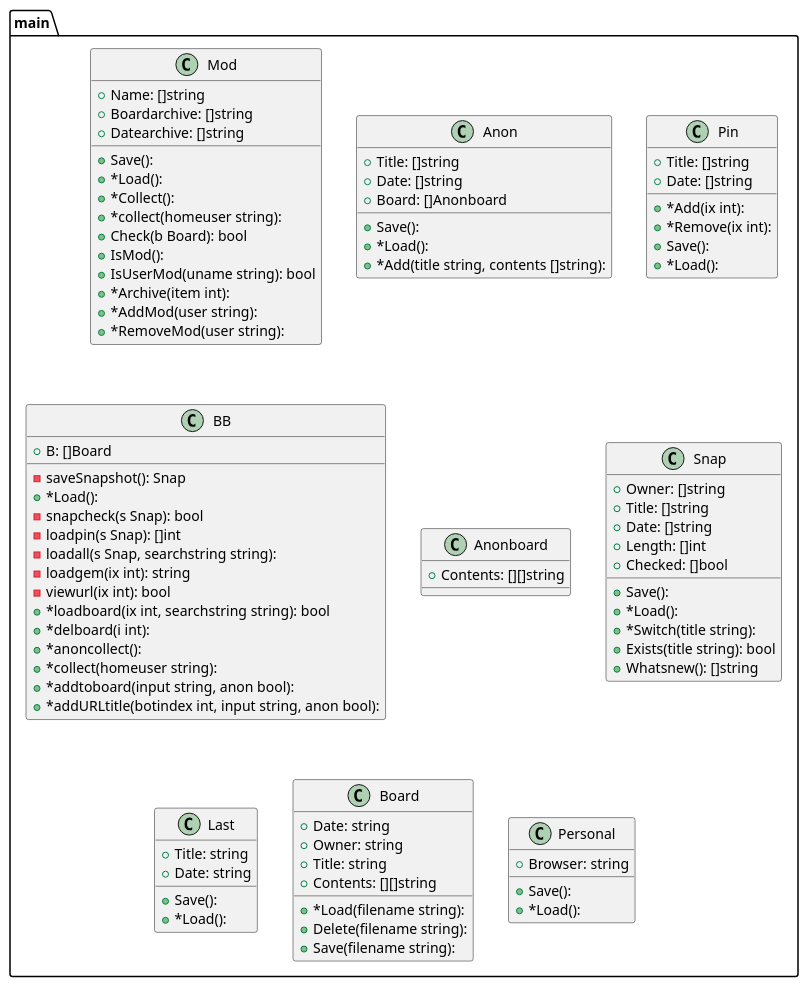
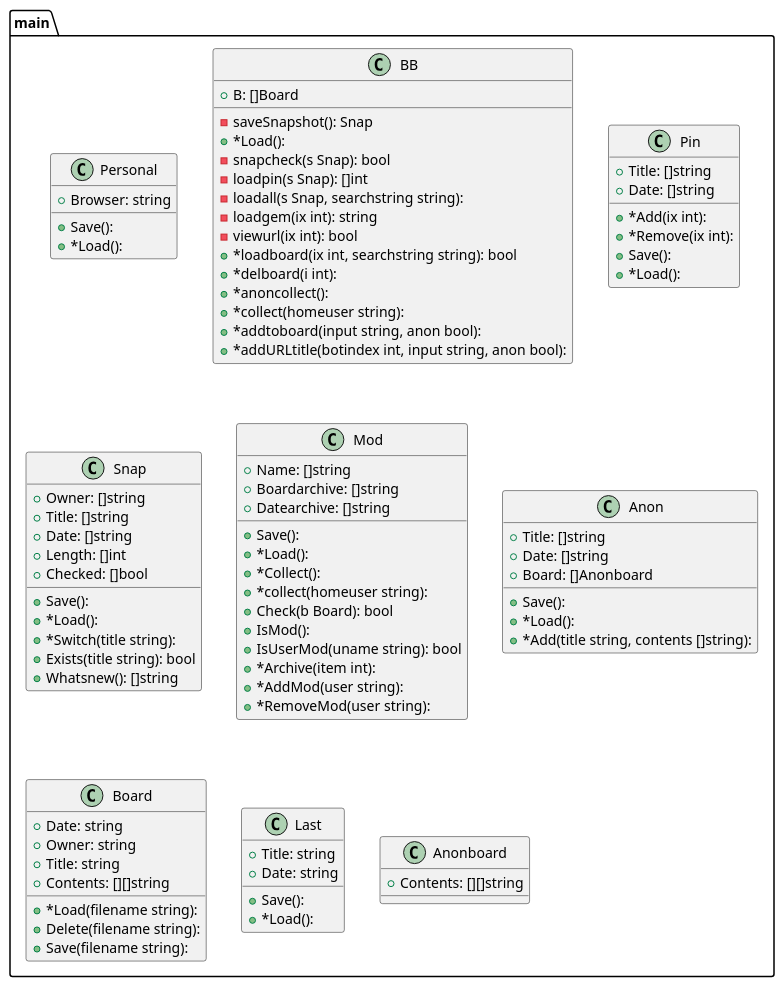
Before and after one commit to tbal999/bb: the diagram in graph.puml, drawn with PlantUML. The commit also changed other lines of this file and 1 other file, not shown here.

```diff
--- a/graph.puml
+++ b/graph.puml
@@ -1,104 +1,104 @@
 @startuml
+package ...main{
+class Personal {
++Browser: string
++Save(): 
++*Load(): 
+}
+}
+package ...main{
+class BB {
++B: []Board
+-saveSnapshot(): Snap
++*Load(): 
+-snapcheck(s Snap): bool
+-loadpin(s Snap): []int
+-loadall(s Snap, searchstring string): 
+-loadgem(ix int): string
+-viewurl(ix int): bool
++*loadboard(ix int, searchstring string): bool
++*delboard(i int): 
++*anoncollect(): 
++*collect(homeuser string): 
++*addtoboard(input string, anon bool): 
++*addURLtitle(botindex int, input string, anon bool): 
+}
+}
+package ...main{
+class Pin {
++Title: []string
++Date: []string
++*Add(ix int): 
++*Remove(ix int): 
++Save(): 
++*Load(): 
+}
+}
+package ...main{
+class Snap {
++Owner: []string
++Title: []string
++Date: []string
++Length: []int
++Checked: []bool
++Save(): 
++*Load(): 
++*Switch(title string): 
++Exists(title string): bool
++Whatsnew(): []string
+}
+}
 package ...main{
 class Mod {
 +Name: []string
 +Boardarchive: []string
 +Datearchive: []string
 +Save(): 
 +*Load(): 
 +*Collect(): 
 +*collect(homeuser string): 
 +Check(b Board): bool
 +IsMod(): 
 +IsUserMod(uname string): bool
 +*Archive(item int): 
 +*AddMod(user string): 
 +*RemoveMod(user string): 
 }
 }
 package ...main{
 class Anon {
 +Title: []string
 +Date: []string
 +Board: []Anonboard
 +Save(): 
 +*Load(): 
 +*Add(title string, contents []string): 
 }
 }
 package ...main{
-class Pin {
-+Title: []string
-+Date: []string
-+*Add(ix int): 
-+*Remove(ix int): 
-+Save(): 
-+*Load(): 
-}
-}
-package ...main{
-class BB {
-+B: []Board
--saveSnapshot(): Snap
-+*Load(): 
--snapcheck(s Snap): bool
--loadpin(s Snap): []int
--loadall(s Snap, searchstring string): 
--loadgem(ix int): string
--viewurl(ix int): bool
-+*loadboard(ix int, searchstring string): bool
-+*delboard(i int): 
-+*anoncollect(): 
-+*collect(homeuser string): 
-+*addtoboard(input string, anon bool): 
-+*addURLtitle(botindex int, input string, anon bool): 
-}
-}
-package ...main{
-class Anonboard {
+class Board {
++Date: string
++Owner: string
++Title: string
 +Contents: [][]string
-
-}
-}
-package ...main{
-class Snap {
-+Owner: []string
-+Title: []string
-+Date: []string
-+Length: []int
-+Checked: []bool
-+Save(): 
-+*Load(): 
-+*Switch(title string): 
-+Exists(title string): bool
-+Whatsnew(): []string
++*Load(filename string): 
++Delete(filename string): 
++Save(filename string): 
 }
 }
 package ...main{
 class Last {
 +Title: string
 +Date: string
 +Save(): 
 +*Load(): 
 }
 }
 package ...main{
-class Board {
-+Date: string
-+Owner: string
-+Title: string
+class Anonboard {
 +Contents: [][]string
-+*Load(filename string): 
-+Delete(filename string): 
-+Save(filename string): 
-}
-}
-package ...main{
-class Personal {
-+Browser: string
-+Save(): 
-+*Load(): 
+
 }
 }
 
 @enduml
```
